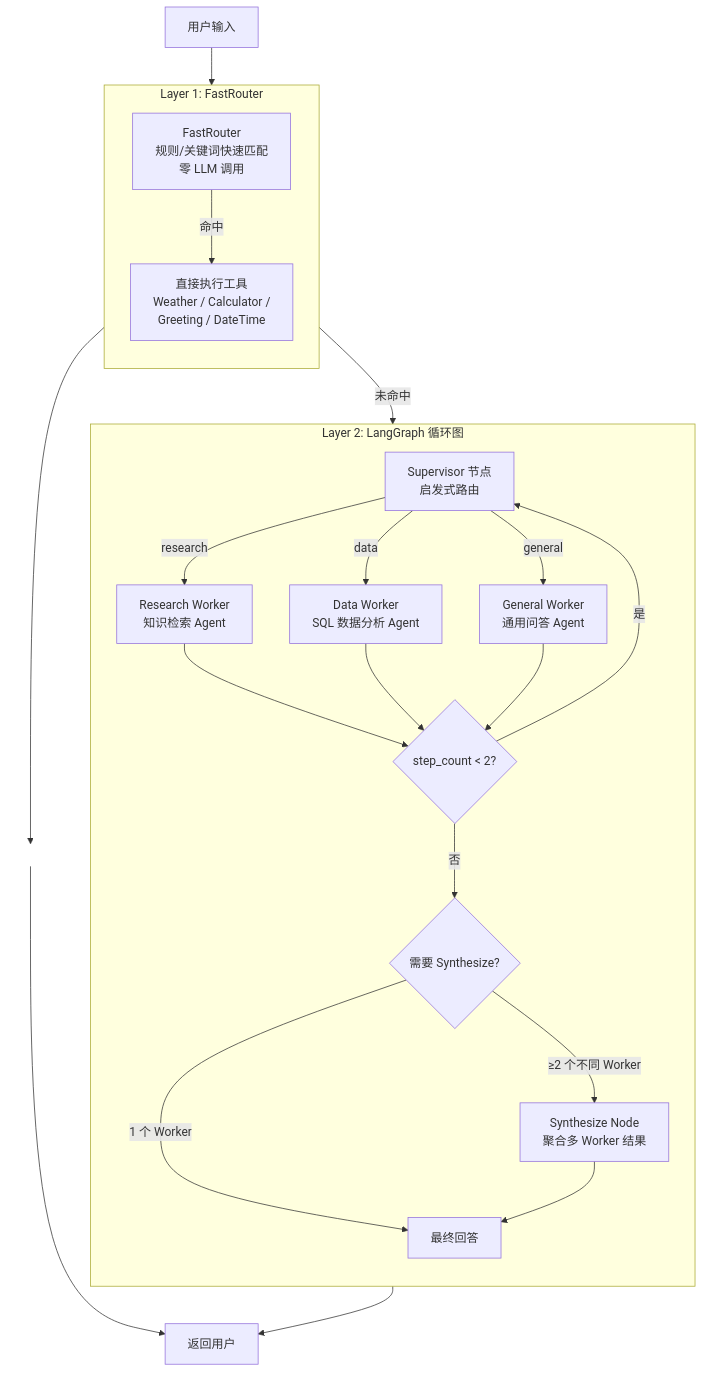
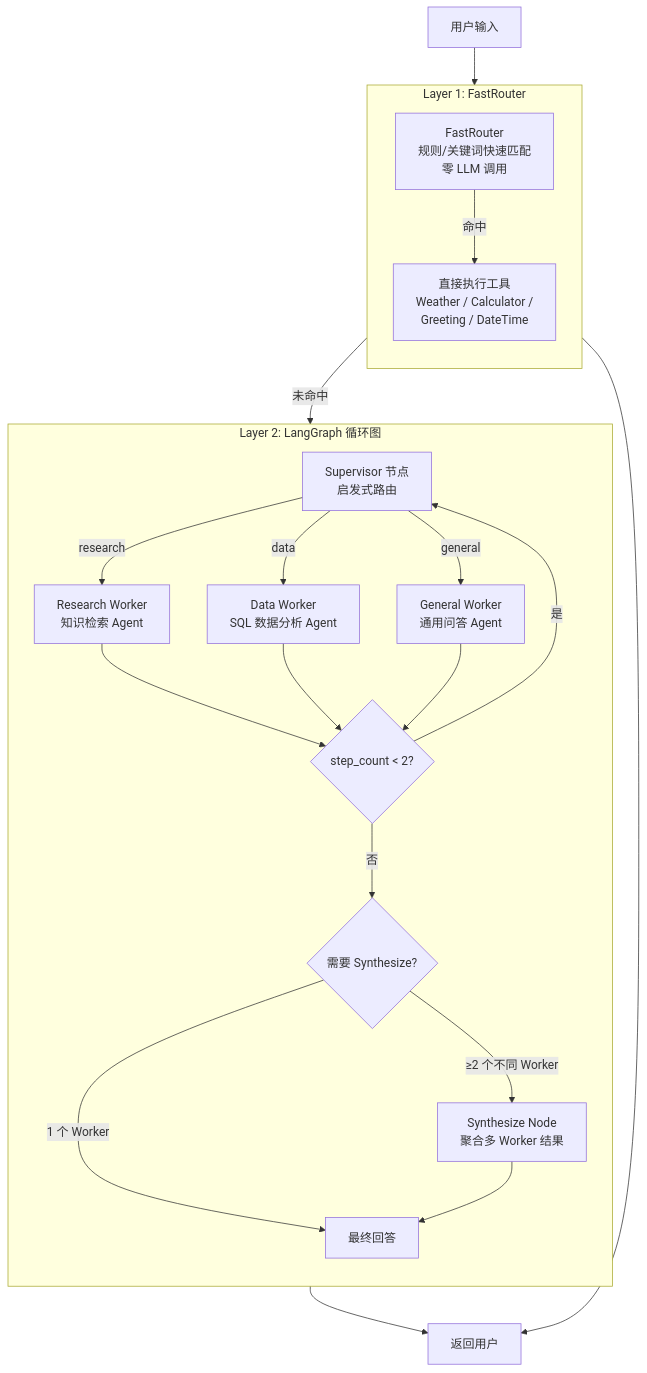
The diagram in README.md (05H-chouwenzi/AI-Agent-Assistant-System), drawn with Mermaid before and after one commit.

Commit message:
docs: fix architecture mermaid rendering

````diff
--- a/README.md
+++ b/README.md
@@ -24,51 +24,48 @@
 ```mermaid
 flowchart TB
     User["用户输入"] --> FR
     Return["返回用户"]
 
     subgraph Layer1["Layer 1: FastRouter"]
         direction TB
         FR["FastRouter<br/>规则/关键词快速匹配<br/>零 LLM 调用"]
         Tool["直接执行工具<br/>Weather / Calculator /<br/>Greeting / DateTime"]
     end
 
     subgraph Layer2["Layer 2: LangGraph 循环图"]
         direction TB
         SUP["Supervisor 节点<br/>启发式路由"]
 
         RW["Research Worker<br/>知识检索 Agent"]
         DW["Data Worker<br/>SQL 数据分析 Agent"]
         GW["General Worker<br/>通用问答 Agent"]
 
         STEP{"step_count < 2?"}
         SYNQ{"需要 Synthesize?"}
         SYN["Synthesize Node<br/>聚合多 Worker 结果"]
         FINAL["最终回答"]
     end
 
     FR -- "命中" --> Tool
-    Tool --> HitRoute[" "]
-    HitRoute --> Return
+    Tool --> Return
 
     FR -- "未命中" --> SUP
 
     SUP -- "research" --> RW
     SUP -- "data" --> DW
     SUP -- "general" --> GW
 
     RW --> STEP
     DW --> STEP
     GW --> STEP
 
     STEP -- "是" --> SUP
     STEP -- "否" --> SYNQ
 
     SYNQ -- "1 个 Worker" --> FINAL
     SYNQ -- "≥2 个不同 Worker" --> SYN
     SYN --> FINAL
 
     FINAL --> Return
 
-    classDef ghost fill:transparent,stroke:transparent,color:transparent;
-    class HitRoute ghost;
 ```
````
